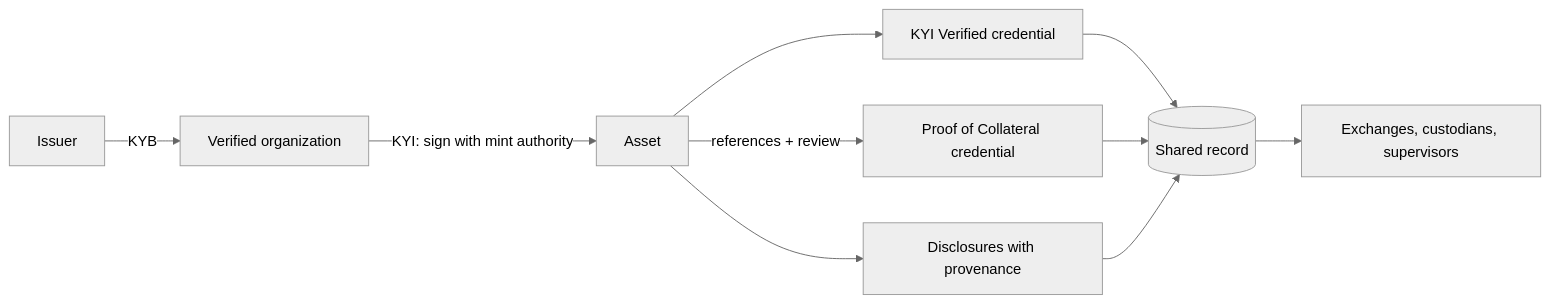
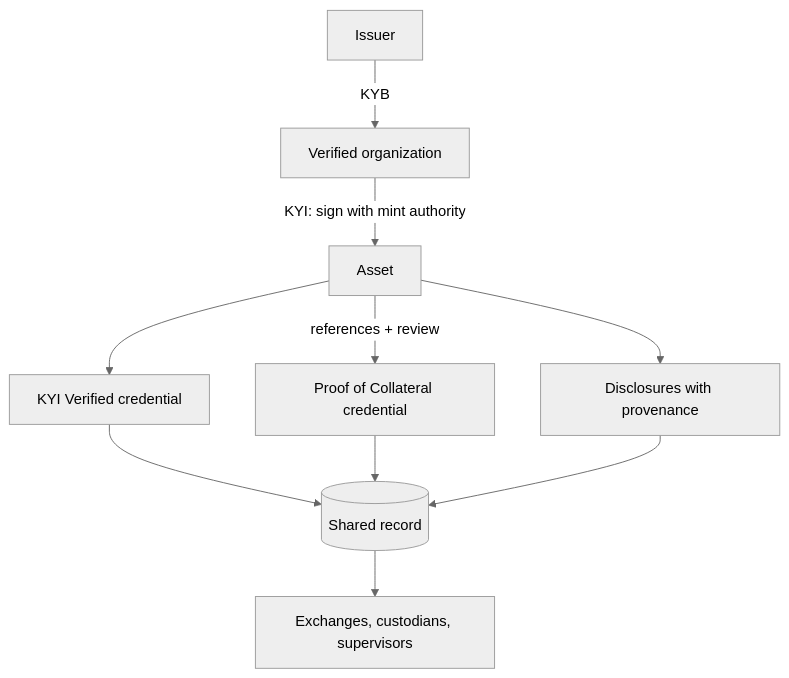
The diagram in concepts.mdx (blupryntco/docs), drawn with Mermaid (neutral theme) before and after one commit.

Commit message:
Concepts diagram: top-down so it stays readable at 390px

````diff
--- a/concepts.mdx
+++ b/concepts.mdx
@@ -22,10 +22,10 @@
 ```mermaid
-flowchart LR
+flowchart TD
   I[Issuer] -- KYB --> O[Verified organization]
   O -- KYI: sign with mint authority --> A[Asset]
   A --> C1[KYI Verified credential]
   A -- references + review --> C2[Proof of Collateral credential]
   A --> D[Disclosures with provenance]
   C1 & C2 & D --> R[(Shared record)]
   R --> V[Exchanges, custodians, supervisors]
 ```
````
